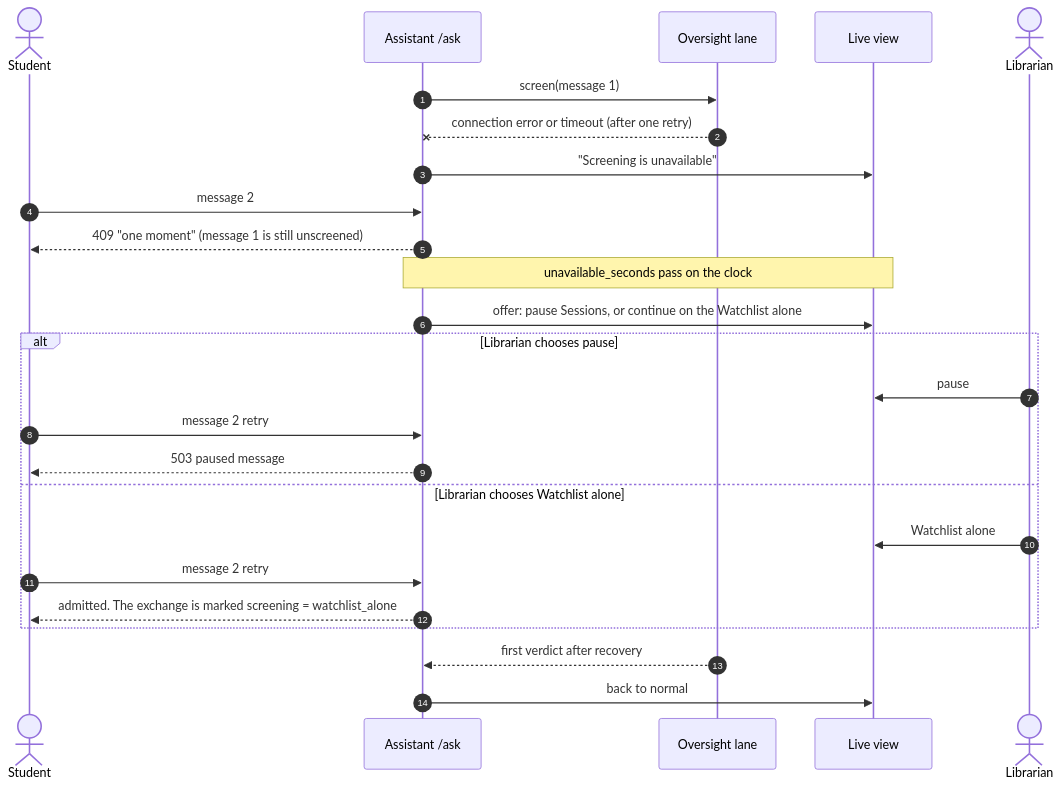
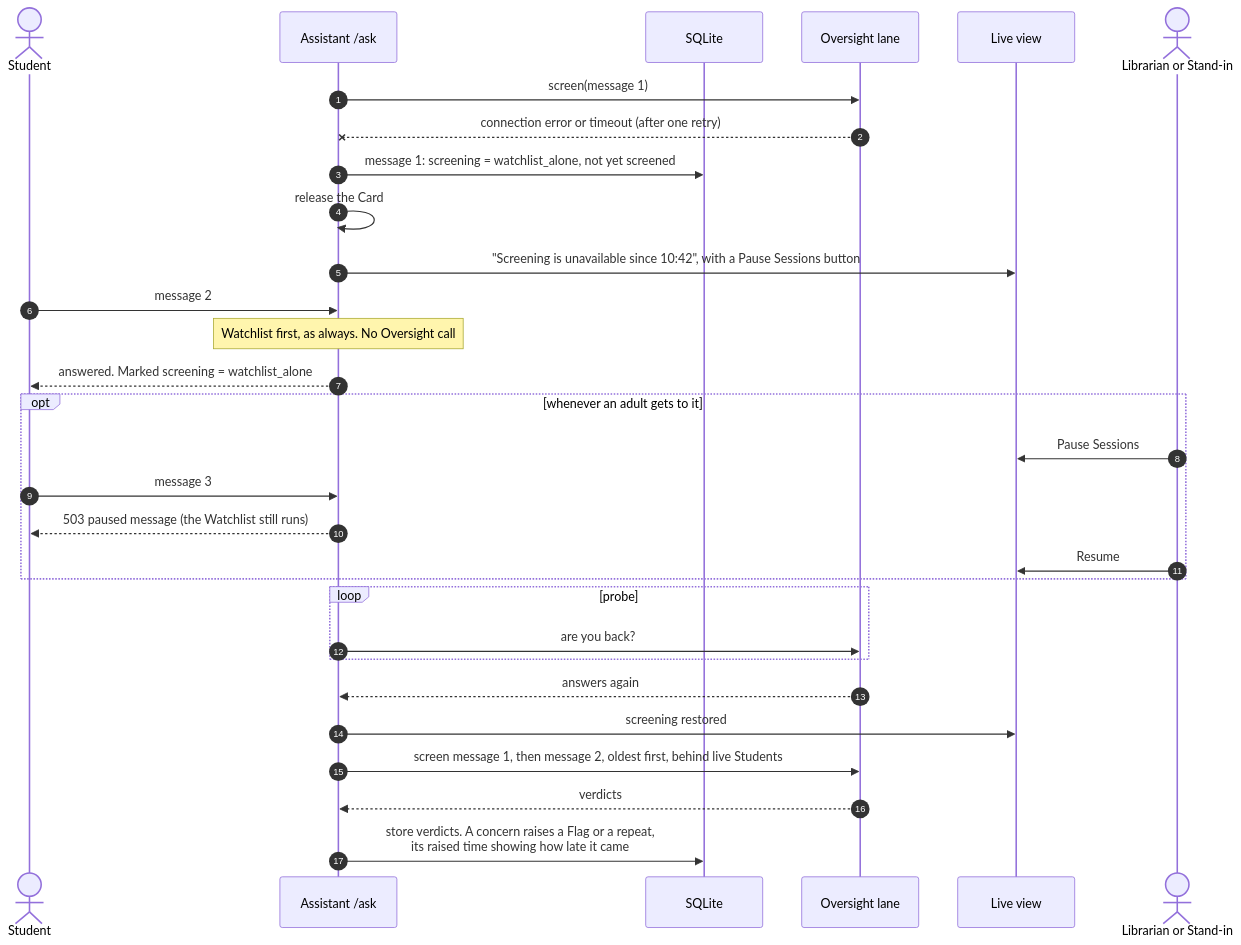
The sixth of 7 diagrams in docs/design/student-message-flow.md (imkarrer/library-ai-lab), drawn with Mermaid before and after one commit. The commit also changed other lines of this file and 1 other file, not shown here.

Commit message:
ADR-0004 addendum: Oversight down does not hold Students
Decided by the owner (lib-f24.70): human intervention is async. When
Oversight is down the class carries on with the Watchlist alone, the Live
view tells the adults, who can pause when they choose, and screening
catches up oldest first when Oversight returns. Supersedes the 'wait, then
the Librarian chooses' rule; oversight.unavailable_seconds goes away.
Flow 5 in docs/design is redrawn to match.

````diff
--- a/docs/design/student-message-flow.md
+++ b/docs/design/student-message-flow.md
@@ -214,28 +215,33 @@
 ```mermaid
 sequenceDiagram
     autonumber
     actor S as Student
     participant A as Assistant /ask
+    participant DB as SQLite
     participant OL as Oversight lane
     participant LV as Live view
-    actor L as Librarian
+    actor L as Librarian or Stand-in
 
     A->>OL: screen(message 1)
     OL--xA: connection error or timeout (after one retry)
-    A->>LV: "Screening is unavailable"
+    A->>DB: message 1: screening = watchlist_alone, not yet screened
+    A->>A: release the Card
+    A->>LV: "Screening is unavailable since 10:42", with a Pause Sessions button
     S->>A: message 2
-    A-->>S: 409 "one moment" (message 1 is still unscreened)
-    Note over A,LV: unavailable_seconds pass on the clock
-    A->>LV: offer: pause Sessions, or continue on the Watchlist alone
-    alt Librarian chooses pause
-        L->>LV: pause
-        S->>A: message 2 retry
-        A-->>S: 503 paused message
-    else Librarian chooses Watchlist alone
-        L->>LV: Watchlist alone
-        S->>A: message 2 retry
-        A-->>S: admitted. The exchange is marked screening = watchlist_alone
+    Note over A: Watchlist first, as always. No Oversight call
+    A-->>S: answered. Marked screening = watchlist_alone
+    opt whenever an adult gets to it
+        L->>LV: Pause Sessions
+        S->>A: message 3
+        A-->>S: 503 paused message (the Watchlist still runs)
+        L->>LV: Resume
     end
-    OL-->>A: first verdict after recovery
-    A->>LV: back to normal
+    loop probe
+        A->>OL: are you back?
+    end
+    OL-->>A: answers again
+    A->>LV: screening restored
+    A->>OL: screen message 1, then message 2, oldest first, behind live Students
+    OL-->>A: verdicts
+    A->>DB: store verdicts. A concern raises a Flag or a repeat,<br/>its raised time showing how late it came
 ```
````
